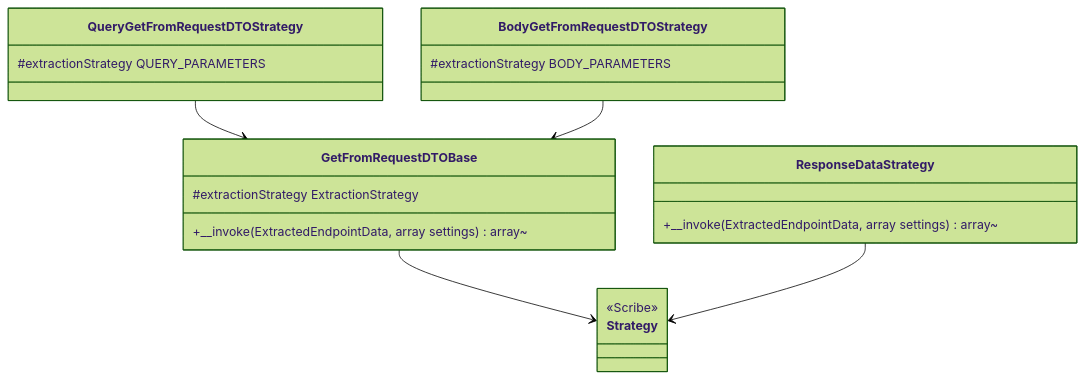
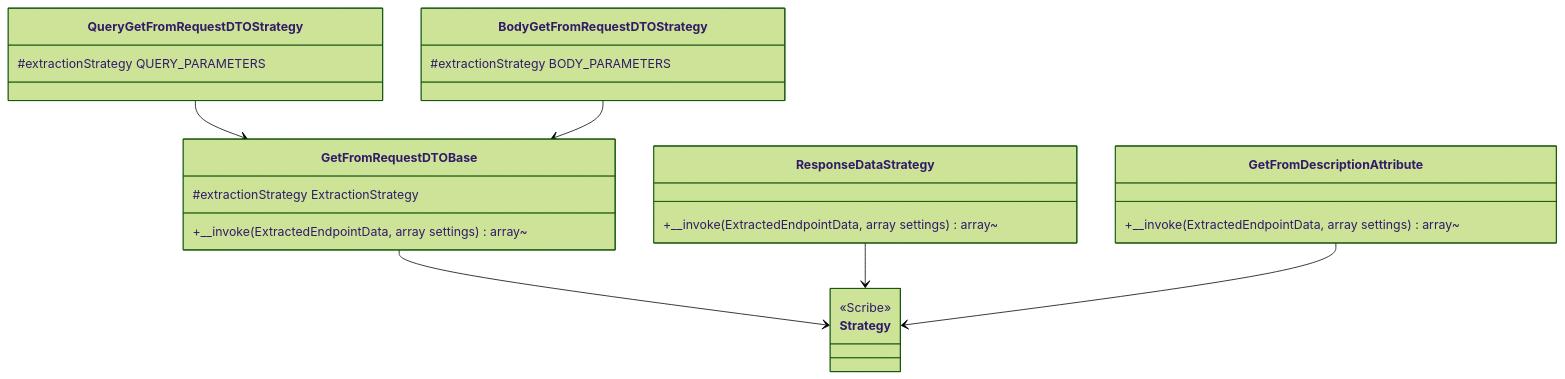
The diagram in spdd/prompt/LDD-202608281600-[Canvas]-api-scribe-strategies.md (abrhadev/laravel-data-docs), drawn with Mermaid (forest theme) before and after one commit. The commit also changed other lines of this file and 27 other files, not shown here.

````diff
--- a/spdd/prompt/LDD-202608281600-[Canvas]-api-scribe-strategies.md
+++ b/spdd/prompt/LDD-202608281600-[Canvas]-api-scribe-strategies.md
@@ -15,28 +16,33 @@
 ```mermaid
 classDiagram
     class Strategy {
         <<Scribe>>
     }
 
     class GetFromRequestDTOBase {
         #extractionStrategy ExtractionStrategy
         +__invoke(ExtractedEndpointData, array settings) array~
     }
 
     class QueryGetFromRequestDTOStrategy {
         #extractionStrategy QUERY_PARAMETERS
     }
 
     class BodyGetFromRequestDTOStrategy {
         #extractionStrategy BODY_PARAMETERS
     }
 
     class ResponseDataStrategy {
         +__invoke(ExtractedEndpointData, array settings) array~
     }
 
+    class GetFromDescriptionAttribute {
+        +__invoke(ExtractedEndpointData, array settings) array~
+    }
+
     GetFromRequestDTOBase --> Strategy
     QueryGetFromRequestDTOStrategy --> GetFromRequestDTOBase
     BodyGetFromRequestDTOStrategy --> GetFromRequestDTOBase
     ResponseDataStrategy --> Strategy
+    GetFromDescriptionAttribute --> Strategy
 ```
````
